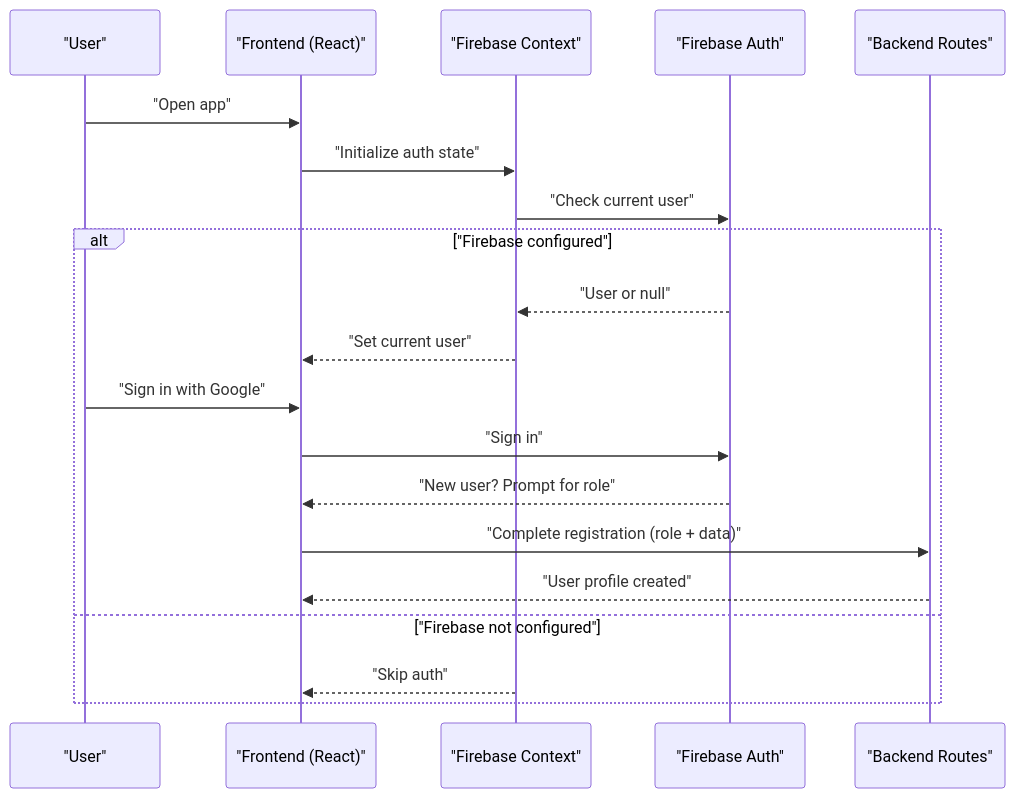
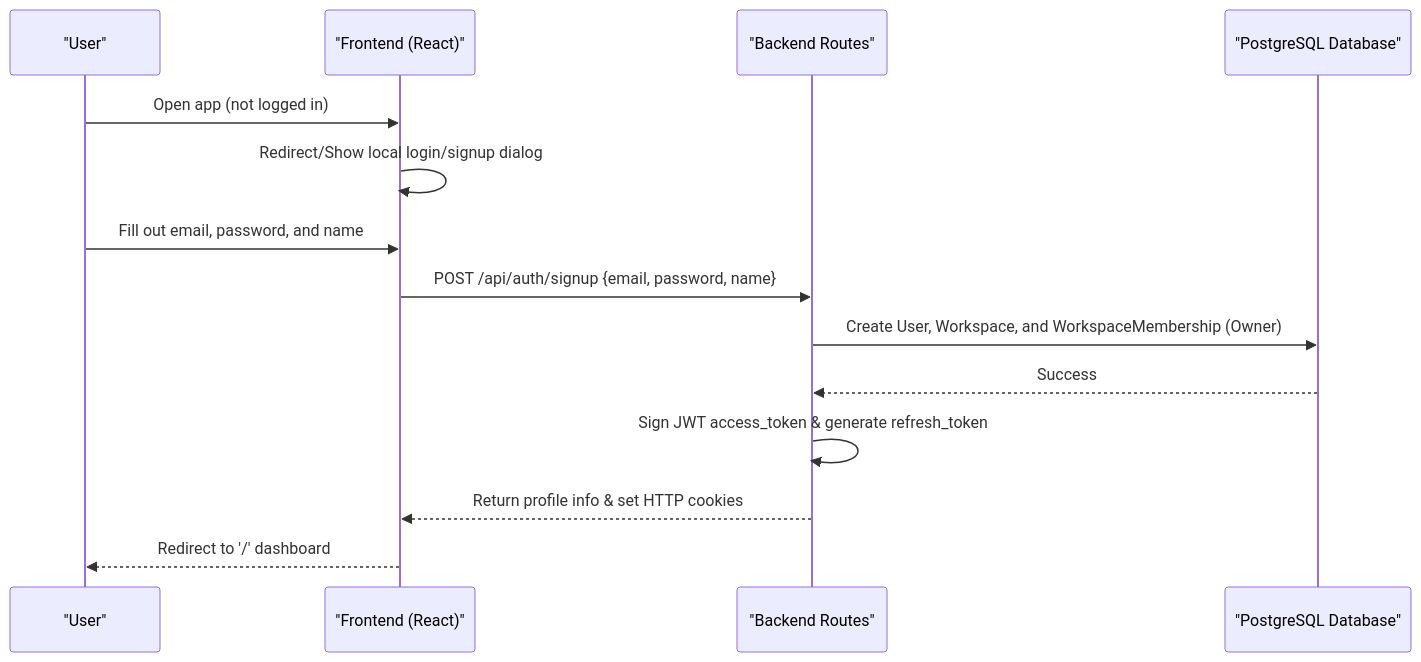
One commit to nitishssh/Class-mode changed the third of 5 diagrams in docs/code-wiki/content/Getting Started.md. Above: the diagram before and after it, drawn with Mermaid. The commit also changed other lines of this file and 4 other files, not shown here.

Commit message:
docs: update architecture documentation to reflect PostgreSQL integration, local authentication, and multi-provider AI features

````diff
--- a/docs/code-wiki/content/Getting Started.md
+++ b/docs/code-wiki/content/Getting Started.md
@@ -226,22 +225,16 @@
 ```mermaid
 sequenceDiagram
 participant U as "User"
 participant FE as "Frontend (React)"
-participant FC as "Firebase Context"
-participant FB as "Firebase Auth"
 participant API as "Backend Routes"
-U->>FE : "Open app"
-FE->>FC : "Initialize auth state"
-FC->>FB : "Check current user"
-alt "Firebase configured"
-FB-->>FC : "User or null"
-FC-->>FE : "Set current user"
-U->>FE : "Sign in with Google"
-FE->>FB : "Sign in"
-FB-->>FE : "New user? Prompt for role"
-FE->>API : "Complete registration (role + data)"
-API-->>FE : "User profile created"
-else "Firebase not configured"
-FC-->>FE : "Skip auth"
-end
+participant PG as "PostgreSQL Database"
+U->>FE : Open app (not logged in)
+FE->>FE : Redirect/Show local login/signup dialog
+U->>FE : Fill out email, password, and name
+FE->>API : POST /api/auth/signup {email, password, name}
+API->>PG : Create User, Workspace, and WorkspaceMembership (Owner)
+PG-->>API : Success
+API->>API : Sign JWT access_token & generate refresh_token
+API-->>FE : Return profile info & set HTTP cookies
+FE-->>U : Redirect to '/' dashboard
 ```
````
